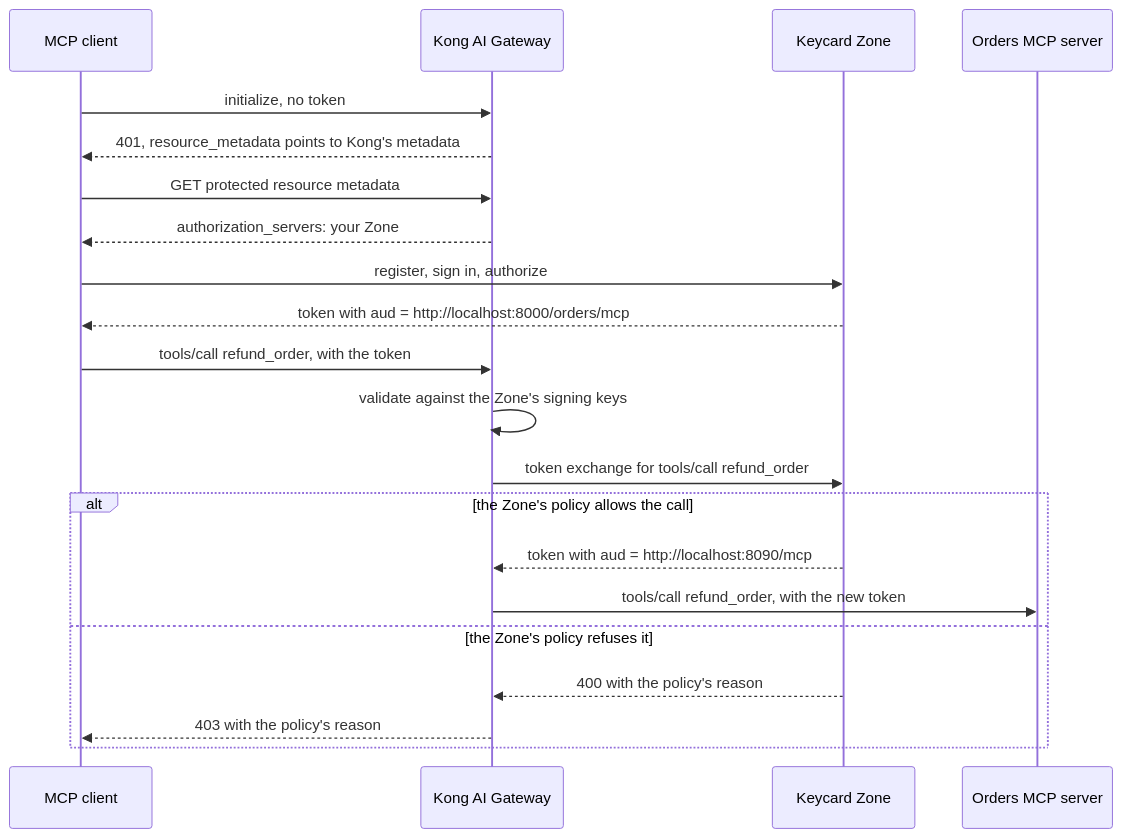
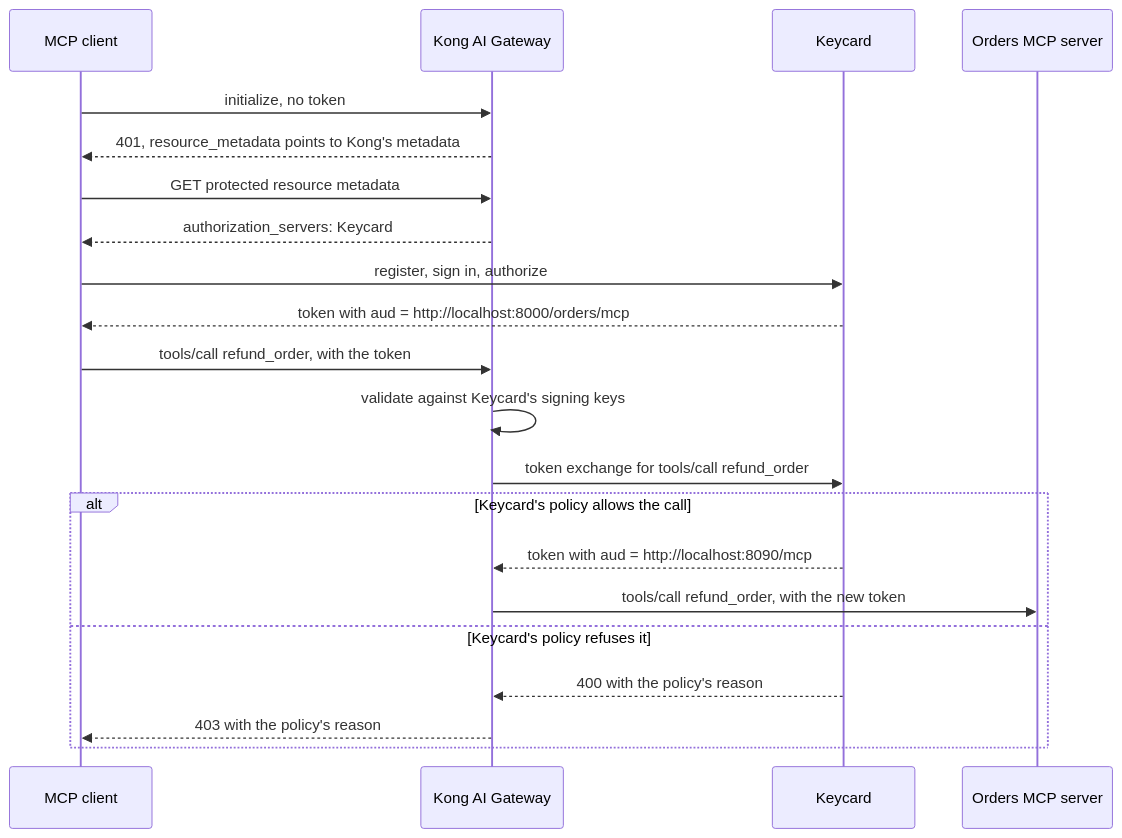
Before and after one commit to keycardai/tutorial-kong-mcp: the diagram in README.md, drawn with Mermaid. The commit also changed other lines of this file and 6 other files, not shown here.

Commit message:
Use Keycard wording instead of Zone

````diff
--- a/README.md
+++ b/README.md
@@ -9,23 +9,23 @@
 ```mermaid
 sequenceDiagram
     participant C as MCP client
     participant K as Kong AI Gateway
-    participant Z as Keycard Zone
+    participant Z as Keycard
     participant S as Orders MCP server
     C->>K: initialize, no token
     K-->>C: 401, resource_metadata points to Kong's metadata
     C->>K: GET protected resource metadata
-    K-->>C: authorization_servers: your Zone
+    K-->>C: authorization_servers: Keycard
     C->>Z: register, sign in, authorize
     Z-->>C: token with aud = http://localhost:8000/orders/mcp
     C->>K: tools/call refund_order, with the token
-    K->>K: validate against the Zone's signing keys
+    K->>K: validate against Keycard's signing keys
     K->>Z: token exchange for tools/call refund_order
-    alt the Zone's policy allows the call
+    alt Keycard's policy allows the call
         Z-->>K: token with aud = http://localhost:8090/mcp
         K->>S: tools/call refund_order, with the new token
-    else the Zone's policy refuses it
+    else Keycard's policy refuses it
         Z-->>K: 400 with the policy's reason
         K-->>C: 403 with the policy's reason
     end
 ```
````
